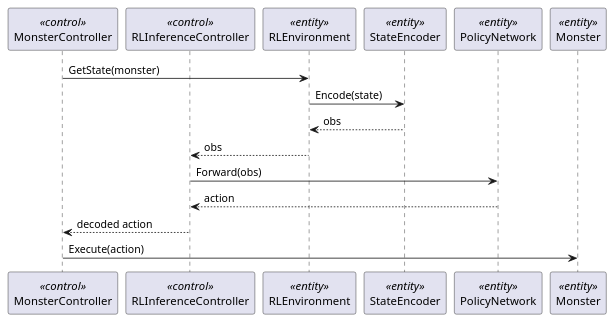
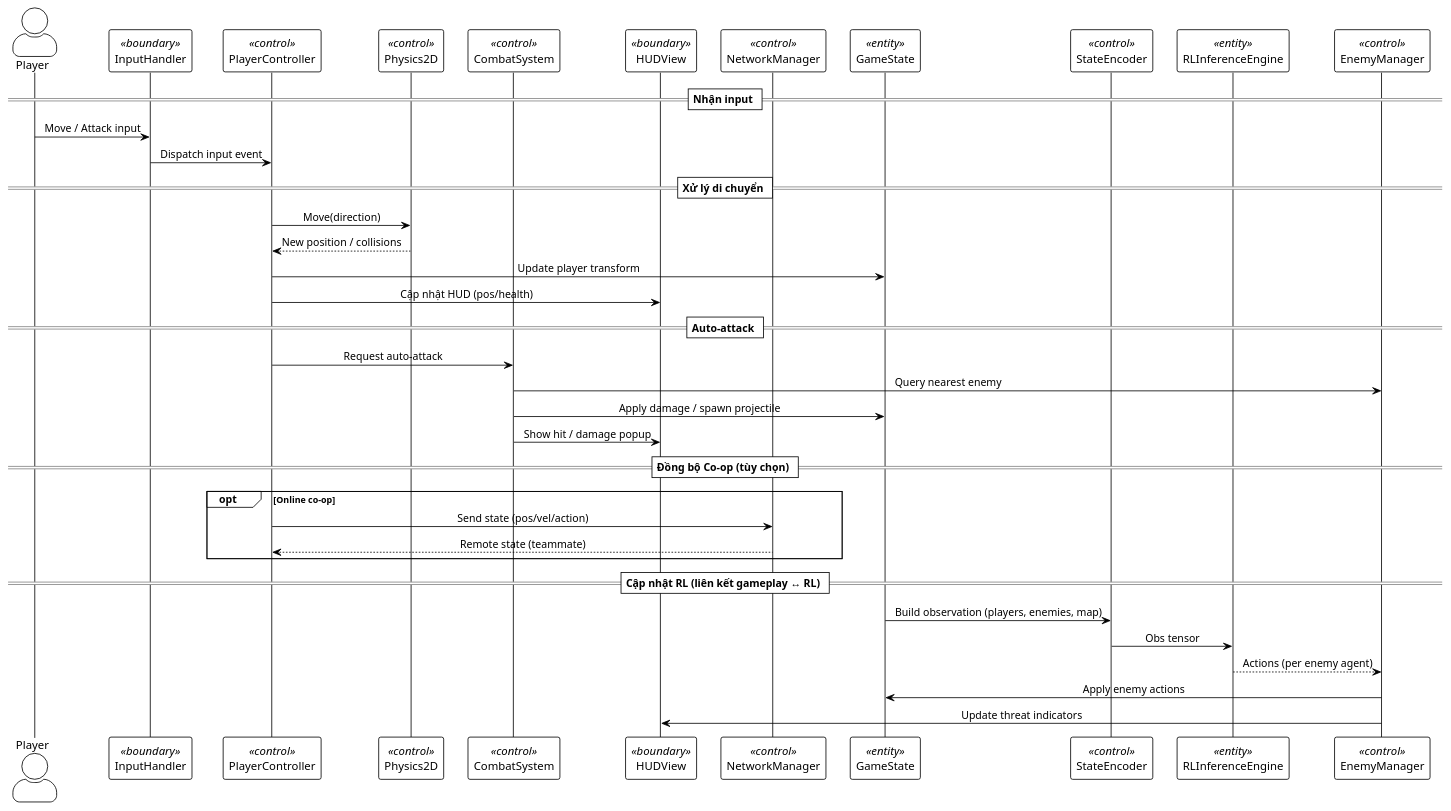
One commit to KhanhLvFlaZ/VampireSurvivors changed the fourth of 9 diagrams in docs/2.2_Thiet_ke_he_thong.md. Above: the diagram before and after it, drawn with PlantUML. The commit also changed other lines of this file and 139 other files, not shown here.

First line of the commit message:
feat: Add use case diagrams for RL action inference and model training

````diff
--- a/docs/2.2_Thiet_ke_he_thong.md
+++ b/docs/2.2_Thiet_ke_he_thong.md
@@ -259,19 +254,51 @@
 ```plantuml
 @startuml
-participant MonsterController <<control>>
-participant RLInferenceController <<control>>
-participant RLEnvironment <<entity>>
-participant StateEncoder <<entity>>
-participant PolicyNetwork <<entity>>
-participant Monster <<entity>>
+!theme plain
+skinparam backgroundColor #FFFFFF
+skinparam actorStyle awesome
+skinparam sequenceMessageAlign center
 
-MonsterController -> RLEnvironment: GetState(monster)
-RLEnvironment -> StateEncoder: Encode(state)
-StateEncoder --> RLEnvironment: obs
-RLEnvironment --> RLInferenceController: obs
-RLInferenceController -> PolicyNetwork: Forward(obs)
-PolicyNetwork --> RLInferenceController: action
-RLInferenceController --> MonsterController: decoded action
-MonsterController -> Monster: Execute(action)
+actor Player
+
+participant InputHandler <<boundary>>
+participant PlayerController <<control>>
+participant Physics2D <<control>>
+participant CombatSystem <<control>>
+participant HUDView <<boundary>>
+participant NetworkManager <<control>>
+participant GameState <<entity>>
+participant StateEncoder <<control>>
+participant RLInferenceEngine <<entity>>
+participant EnemyManager <<control>>
+
+== Nhận input ==
+Player -> InputHandler : Move / Attack input
+InputHandler -> PlayerController : Dispatch input event
+
+== Xử lý di chuyển ==
+PlayerController -> Physics2D : Move(direction)
+Physics2D --> PlayerController : New position / collisions
+PlayerController -> GameState : Update player transform
+PlayerController -> HUDView : Cập nhật HUD (pos/health)
+
+== Auto-attack ==
+PlayerController -> CombatSystem : Request auto-attack
+CombatSystem -> EnemyManager : Query nearest enemy
+CombatSystem -> GameState : Apply damage / spawn projectile
+CombatSystem -> HUDView : Show hit / damage popup
+
+== Đồng bộ Co-op (tùy chọn) ==
+opt Online co-op
+  PlayerController -> NetworkManager : Send state (pos/vel/action)
+  NetworkManager --> PlayerController : Remote state (teammate)
+end
+
+== Cập nhật RL (liên kết gameplay ↔ RL) ==
+GameState -> StateEncoder : Build observation (players, enemies, map)
+StateEncoder -> RLInferenceEngine : Obs tensor
+RLInferenceEngine --> EnemyManager : Actions (per enemy agent)
+EnemyManager -> GameState : Apply enemy actions
+EnemyManager -> HUDView : Update threat indicators
+
 @enduml
 ```
````
